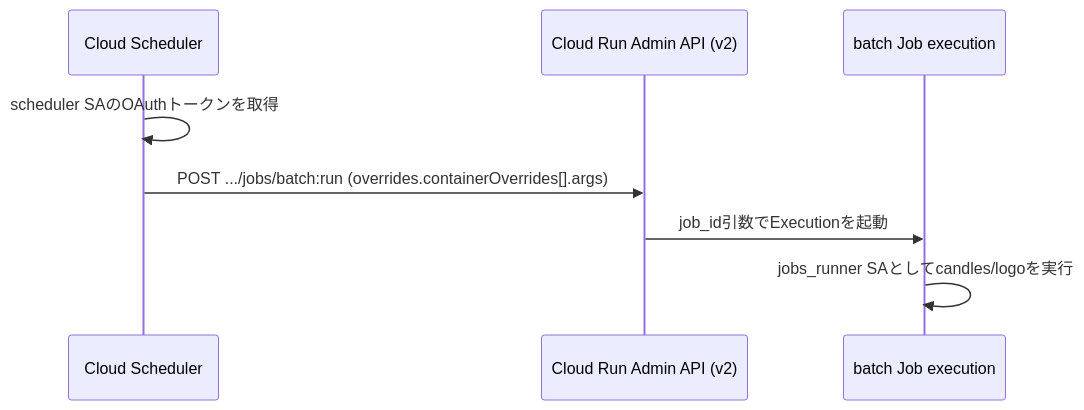
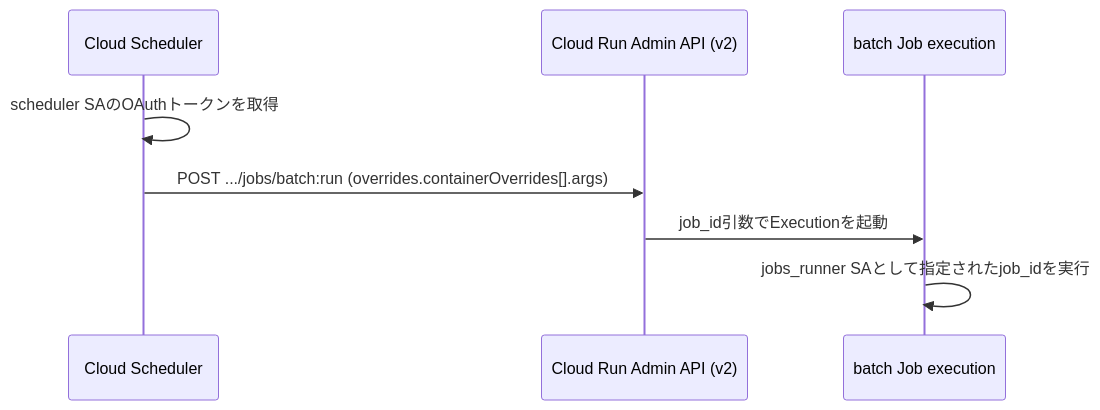
The third of 3 diagrams in docs/architecture.md (UCHIDAnobuhiro/stock-infra), drawn with Mermaid before and after one commit. The commit also changed other lines of this file and 4 other files, not shown here.

````diff
--- a/docs/architecture.md
+++ b/docs/architecture.md
@@ -106,11 +107,11 @@
 ```mermaid
 sequenceDiagram
     participant SCHED as Cloud Scheduler
     participant RUN as Cloud Run Admin API (v2)
     participant JOB as batch Job execution
 
     SCHED->>SCHED: scheduler SAのOAuthトークンを取得
     SCHED->>RUN: POST .../jobs/batch:run (overrides.containerOverrides[].args)
     RUN->>JOB: job_id引数でExecutionを起動
-    JOB->>JOB: jobs_runner SAとしてcandles/logoを実行
+    JOB->>JOB: jobs_runner SAとして指定されたjob_idを実行
 ```
````
